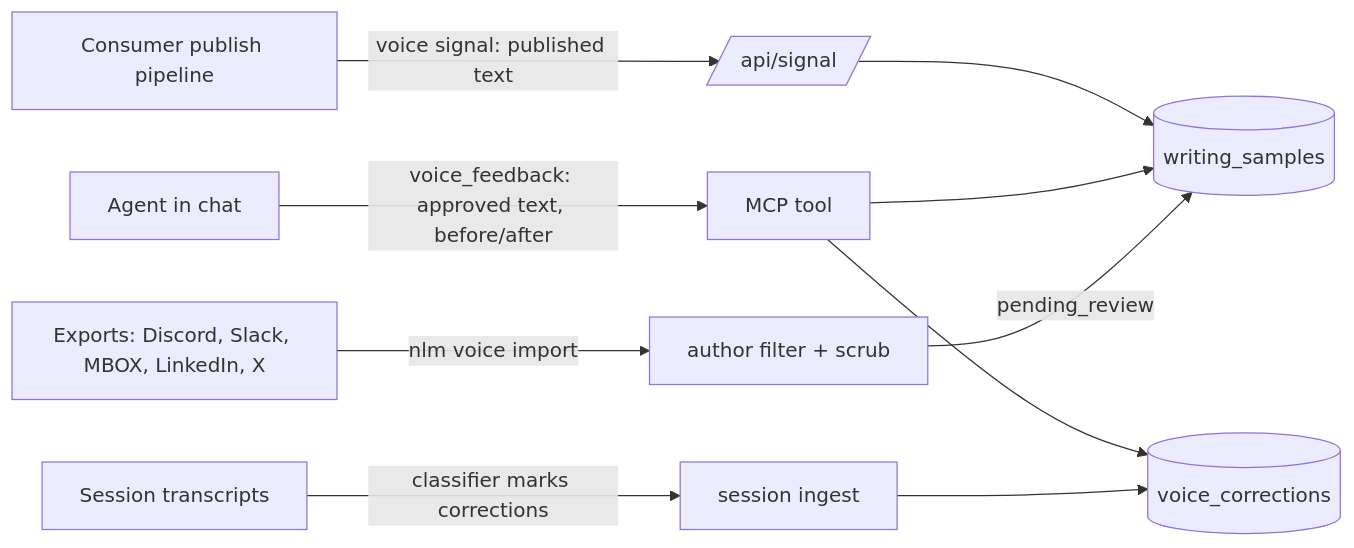
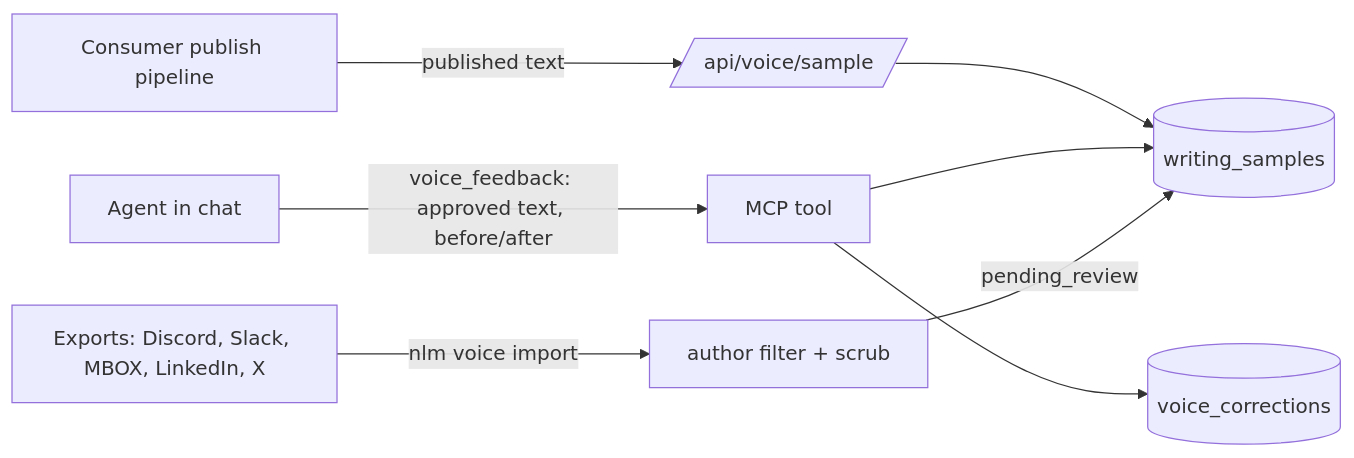
The diagram in docs/superpowers/specs/2026-11-23-voice-memory-scope.md (pbmagnet4/nlm-memory), drawn with Mermaid before and after one commit. The commit also changed other lines of this file, not shown here.

First line of the commit message:
docs(voice): approve the voice memory scope with review amendments

````diff
--- a/docs/superpowers/specs/2026-11-23-voice-memory-scope.md
+++ b/docs/superpowers/specs/2026-11-23-voice-memory-scope.md
@@ -116,12 +117,10 @@
 ```mermaid
 flowchart LR
-  P[Consumer publish pipeline] -->|voice signal: published text| S[/api/signal/]
+  P[Consumer publish pipeline] -->|published text| S[/api/voice/sample/]
   A[Agent in chat] -->|voice_feedback: approved text, before/after| F[MCP tool]
-  T[Session transcripts] -->|classifier marks corrections| I[session ingest]
   X[Exports: Discord, Slack, MBOX, LinkedIn, X] -->|nlm voice import| R[author filter + scrub]
   S --> W[(writing_samples)]
   F --> W
   F --> C[(voice_corrections)]
-  I --> C
   R -->|pending_review| W
 ```
````
